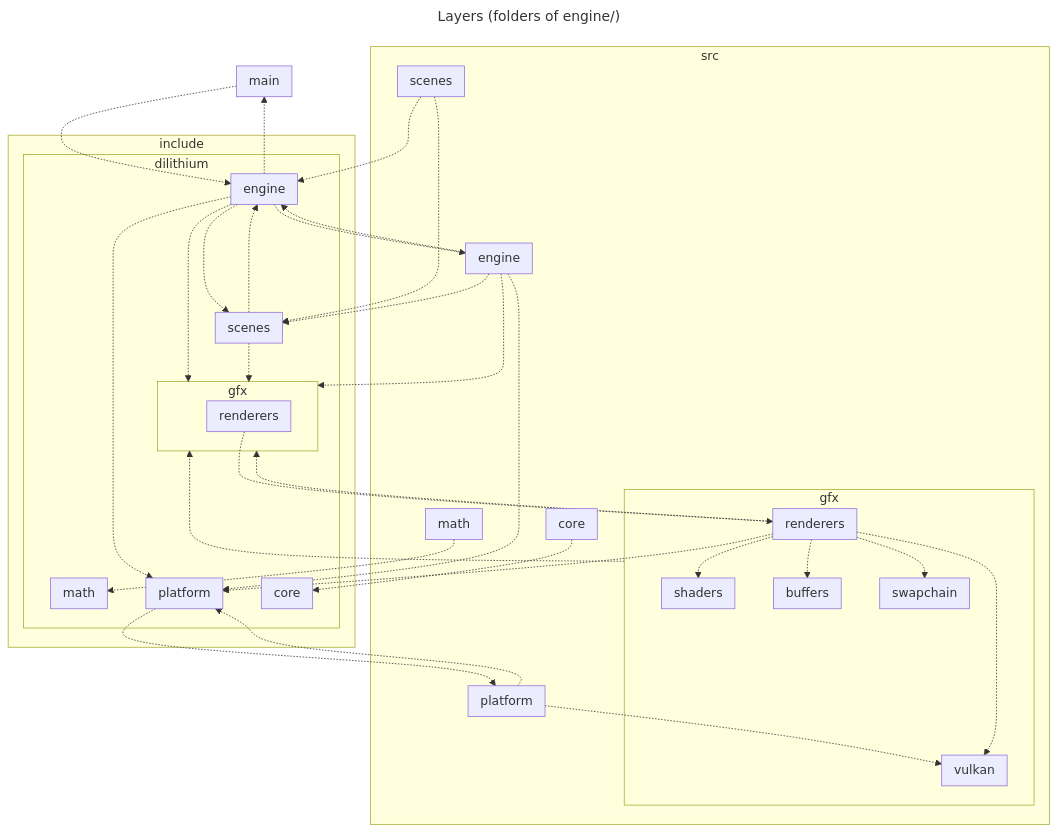
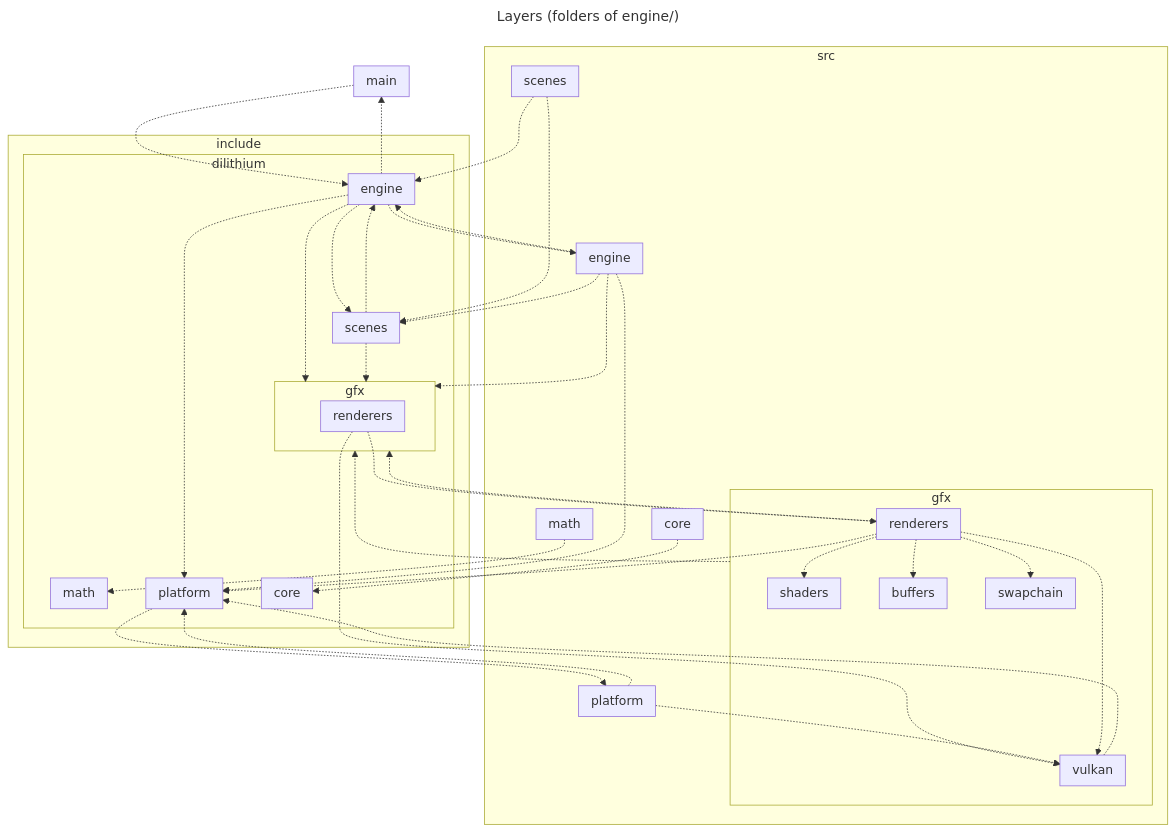
The diagram in docs/architecture/generated/layers.mmd (mattCasanova/Dilithium2D), drawn with Mermaid before and after one commit. The commit also changed 20 other files, not shown here.

```diff
--- a/docs/architecture/generated/layers.mmd
+++ b/docs/architecture/generated/layers.mmd
@@ -1,75 +1,77 @@
 ---
 title: Layers (folders of engine/)
 ---
 flowchart
     subgraph C_0012809092572990289391[include]
     subgraph C_0012577257405327163239[dilithium]
     subgraph C_0005827528683588640927[core]
     end
     subgraph C_0003542656463181301996[engine]
     end
     subgraph C_0006377284217044718053[scenes]
     end
     subgraph C_0006298341999832860390[platform]
     end
     subgraph C_0017825392617274527979[math]
     end
     subgraph C_0003901156776538314640[gfx]
     subgraph C_0017663372143550190399[renderers]
     end
     end
     end
     end
     subgraph C_0010654316019790784920[src]
     subgraph C_0014822937323245241197[scenes]
     end
     subgraph C_0007201282203910006126[core]
     end
     subgraph C_0007071731057941935089[platform]
     end
     subgraph C_0010233608232007854375[math]
     end
     subgraph C_0015421901025311985358[engine]
     end
     subgraph C_0000870633202236785065[gfx]
     subgraph C_0004804608036888100374[swapchain]
     end
     subgraph C_0011729562870360606892[vulkan]
     end
     subgraph C_0018135243476833536659[renderers]
     end
     subgraph C_0005196780557443478016[buffers]
     end
     subgraph C_0016936712551952591823[shaders]
     end
     end
     end
     subgraph C_0016453121658487405624[main]
     end
     C_0003542656463181301996 -.-> C_0015421901025311985358
     C_0003542656463181301996 -.-> C_0006298341999832860390
     C_0003542656463181301996 -.-> C_0003901156776538314640
     C_0003542656463181301996 -.-> C_0006377284217044718053
     C_0003542656463181301996 -.-> C_0016453121658487405624
     C_0006377284217044718053 -.-> C_0003542656463181301996
     C_0006377284217044718053 -.-> C_0003901156776538314640
     C_0006298341999832860390 -.-> C_0007071731057941935089
     C_0017663372143550190399 -.-> C_0018135243476833536659
+    C_0017663372143550190399 -.-> C_0011729562870360606892
     C_0014822937323245241197 -.-> C_0006377284217044718053
     C_0014822937323245241197 -.-> C_0003542656463181301996
     C_0007201282203910006126 -.-> C_0005827528683588640927
     C_0007071731057941935089 -.-> C_0006298341999832860390
     C_0007071731057941935089 -.-> C_0011729562870360606892
     C_0010233608232007854375 -.-> C_0017825392617274527979
     C_0015421901025311985358 -.-> C_0003542656463181301996
     C_0015421901025311985358 -.-> C_0006298341999832860390
     C_0015421901025311985358 -.-> C_0003901156776538314640
     C_0015421901025311985358 -.-> C_0006377284217044718053
     C_0000870633202236785065 -.-> C_0003901156776538314640
+    C_0011729562870360606892 -.-> C_0006298341999832860390
     C_0018135243476833536659 -.-> C_0011729562870360606892
     C_0018135243476833536659 -.-> C_0004804608036888100374
     C_0018135243476833536659 -.-> C_0006298341999832860390
     C_0018135243476833536659 -.-> C_0003901156776538314640
     C_0018135243476833536659 -.-> C_0005196780557443478016
     C_0018135243476833536659 -.-> C_0016936712551952591823
     C_0016453121658487405624 -.-> C_0003542656463181301996
```
